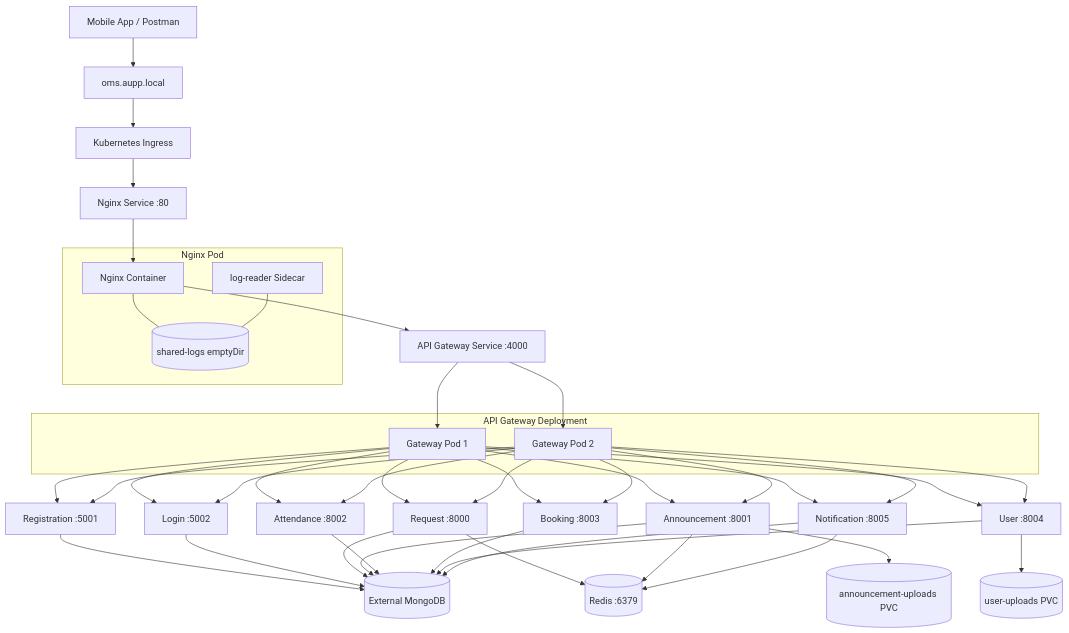
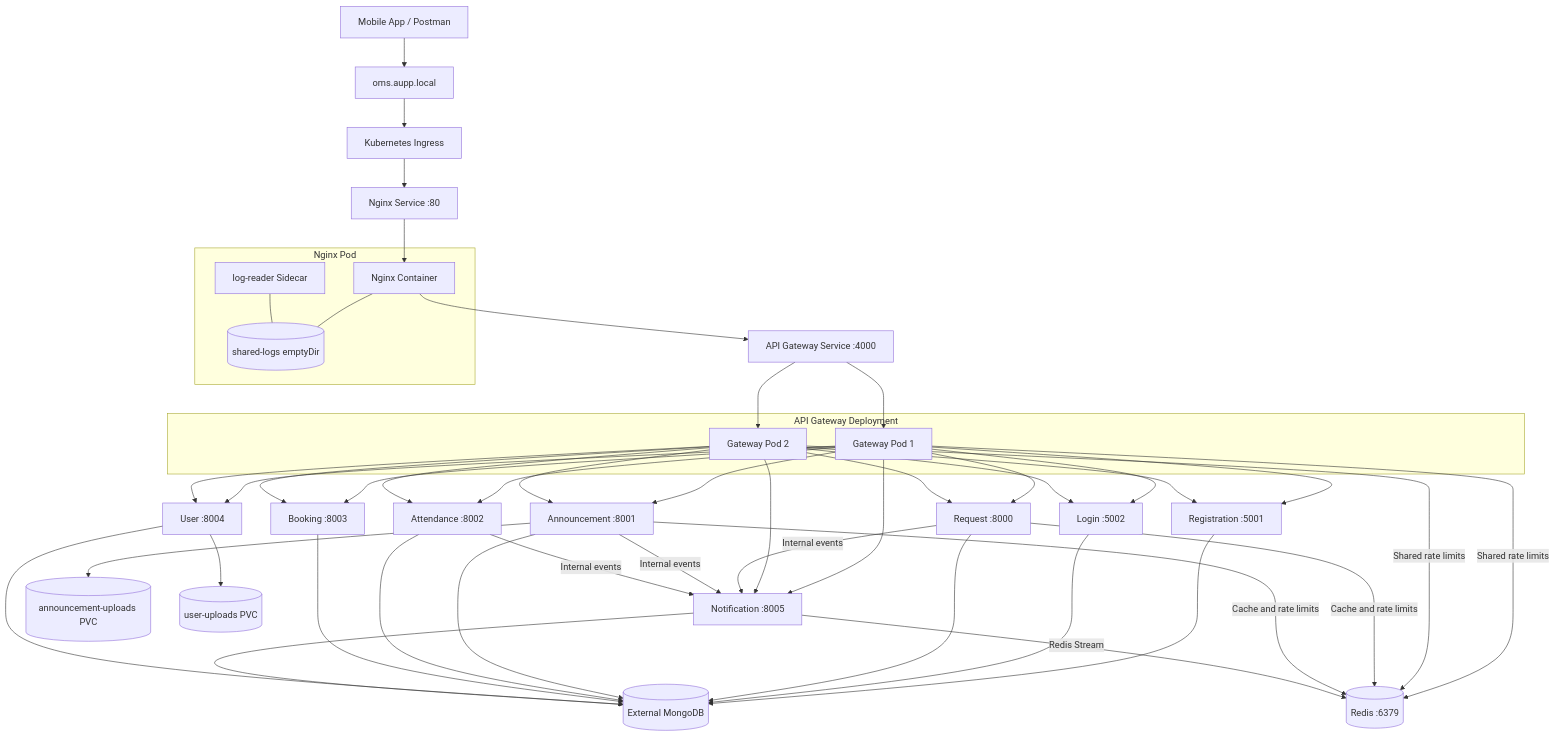
The diagram in docs/FINAL_PROJECT_REPORT.md (senghakch17-byte/AMT-MobileApp), drawn with Mermaid before and after one commit. The commit also changed other lines of this file, not shown here.

Commit message:
docs: clarify Redis architecture usage

````diff
--- a/docs/FINAL_PROJECT_REPORT.md
+++ b/docs/FINAL_PROJECT_REPORT.md
@@ -71,69 +71,74 @@
 ```mermaid
 flowchart TB
     Client[Mobile App / Postman] --> DNS[oms.aupp.local]
     DNS --> Ingress[Kubernetes Ingress]
     Ingress --> NginxService[Nginx Service :80]
 
     subgraph NginxPod[Nginx Pod]
         Nginx[Nginx Container]
         LogReader[log-reader Sidecar]
         SharedLogs[(shared-logs emptyDir)]
         Nginx --- SharedLogs
         LogReader --- SharedLogs
     end
 
     NginxService --> Nginx
     Nginx --> GatewayService[API Gateway Service :4000]
 
     subgraph GatewayDeployment[API Gateway Deployment]
         GatewayOne[Gateway Pod 1]
         GatewayTwo[Gateway Pod 2]
     end
 
     GatewayService --> GatewayOne
     GatewayService --> GatewayTwo
 
     Registration[Registration :5001]
     Login[Login :5002]
     Request[Request :8000]
     Announcement[Announcement :8001]
     Attendance[Attendance :8002]
     Booking[Booking :8003]
     User[User :8004]
     Notification[Notification :8005]
     Redis[(Redis :6379)]
     MongoDB[(External MongoDB)]
     AnnouncementPVC[(announcement-uploads PVC)]
     UserPVC[(user-uploads PVC)]
 
     GatewayOne --> Registration
     GatewayOne --> Login
     GatewayOne --> Request
     GatewayOne --> Announcement
     GatewayOne --> Attendance
     GatewayOne --> Booking
     GatewayOne --> User
     GatewayOne --> Notification
     GatewayTwo --> Registration
     GatewayTwo --> Login
     GatewayTwo --> Request
     GatewayTwo --> Announcement
     GatewayTwo --> Attendance
     GatewayTwo --> Booking
     GatewayTwo --> User
     GatewayTwo --> Notification
 
     Registration --> MongoDB
     Login --> MongoDB
     Request --> MongoDB
     Announcement --> MongoDB
     Attendance --> MongoDB
     Booking --> MongoDB
     User --> MongoDB
     Notification --> MongoDB
-    Request --> Redis
-    Announcement --> Redis
-    Notification --> Redis
+    GatewayOne -->|Shared rate limits| Redis
+    GatewayTwo -->|Shared rate limits| Redis
+    Request -->|Cache and rate limits| Redis
+    Announcement -->|Cache and rate limits| Redis
+    Request -->|Internal events| Notification
+    Announcement -->|Internal events| Notification
+    Attendance -->|Internal events| Notification
+    Notification -->|Redis Stream| Redis
     Announcement --> AnnouncementPVC
     User --> UserPVC
 ```
````
